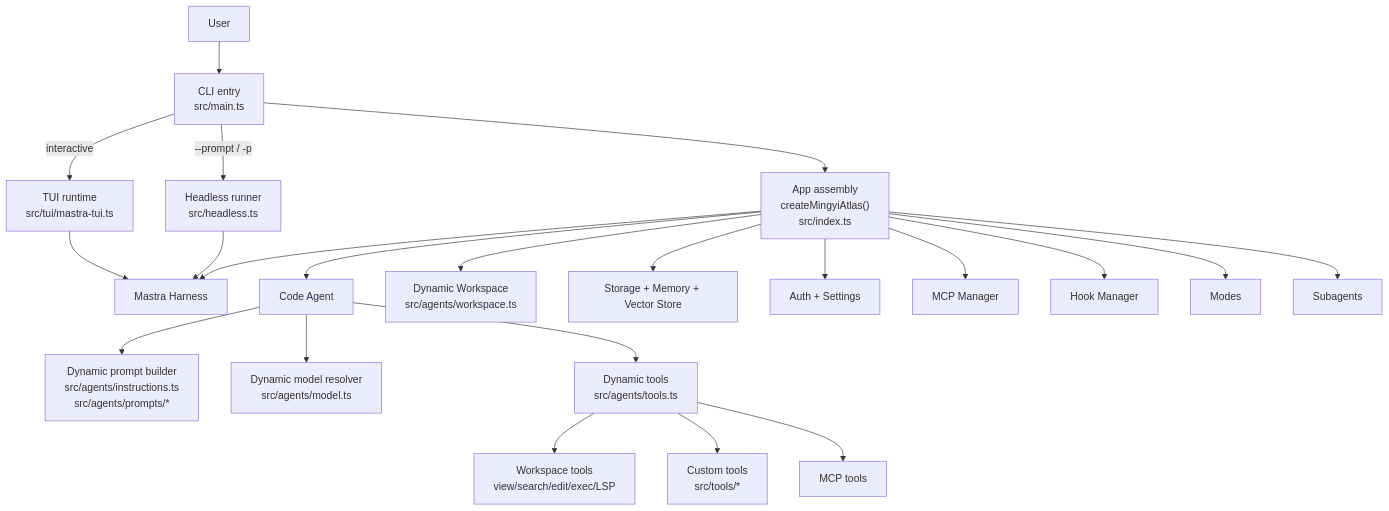
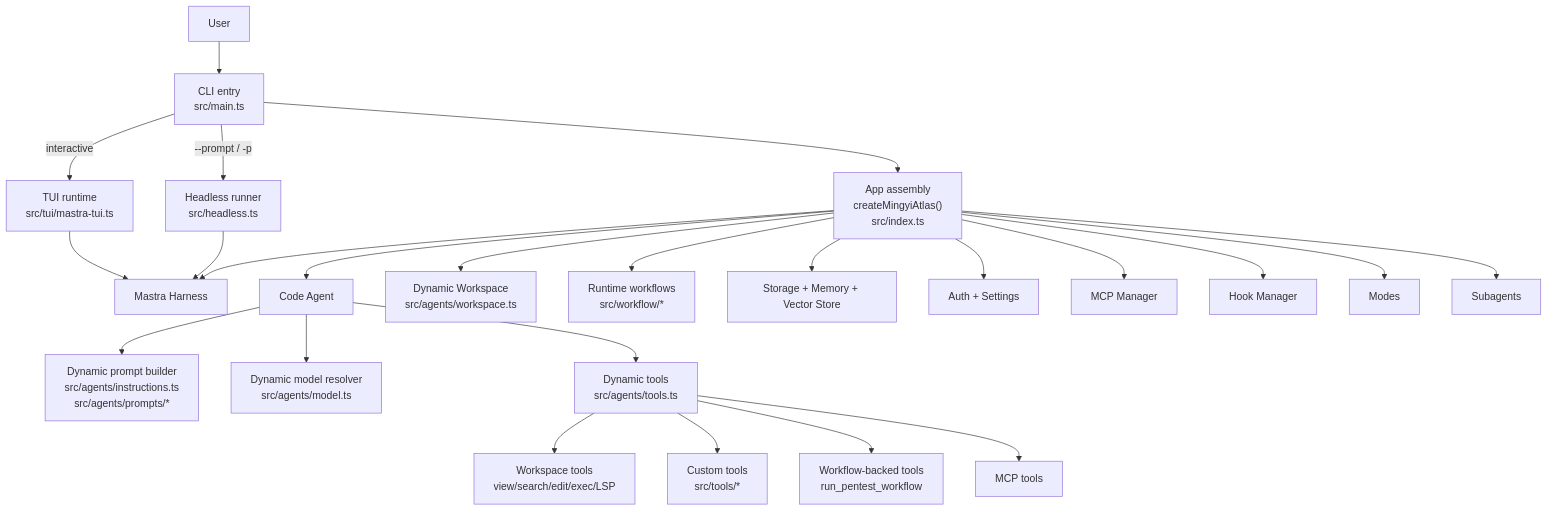
One commit to MingyiSecLab/Mingyi-Atlas changed the first of 5 diagrams in docs/architecture.md. Above: the diagram before and after it, drawn with Mermaid. The commit also changed other lines of this file and 97 other files, not shown here.

````diff
--- a/docs/architecture.md
+++ b/docs/architecture.md
@@ -13,28 +13,30 @@
 ```mermaid
 flowchart TD
   User["User"] --> CLI["CLI entry<br/>src/main.ts"]
   CLI -->|interactive| TUI["TUI runtime<br/>src/tui/mastra-tui.ts"]
   CLI -->|--prompt / -p| Headless["Headless runner<br/>src/headless.ts"]
   CLI --> App["App assembly<br/>createMingyiAtlas()<br/>src/index.ts"]
 
   App --> Harness["Mastra Harness"]
   App --> Agent["Code Agent"]
   App --> Workspace["Dynamic Workspace<br/>src/agents/workspace.ts"]
+  App --> Workflows["Runtime workflows<br/>src/workflow/*"]
   App --> Memory["Storage + Memory + Vector Store"]
   App --> Auth["Auth + Settings"]
   App --> MCP["MCP Manager"]
   App --> Hooks["Hook Manager"]
   App --> Modes["Modes"]
   App --> Subagents["Subagents"]
 
   Agent --> Prompts["Dynamic prompt builder<br/>src/agents/instructions.ts<br/>src/agents/prompts/*"]
   Agent --> Models["Dynamic model resolver<br/>src/agents/model.ts"]
   Agent --> Tools["Dynamic tools<br/>src/agents/tools.ts"]
 
   Tools --> WorkspaceTools["Workspace tools<br/>view/search/edit/exec/LSP"]
   Tools --> ModelTools["Custom tools<br/>src/tools/*"]
+  Tools --> WorkflowTools["Workflow-backed tools<br/>run_pentest_workflow"]
   Tools --> McpTools["MCP tools"]
 
   TUI --> Harness
   Headless --> Harness
 ```
````
